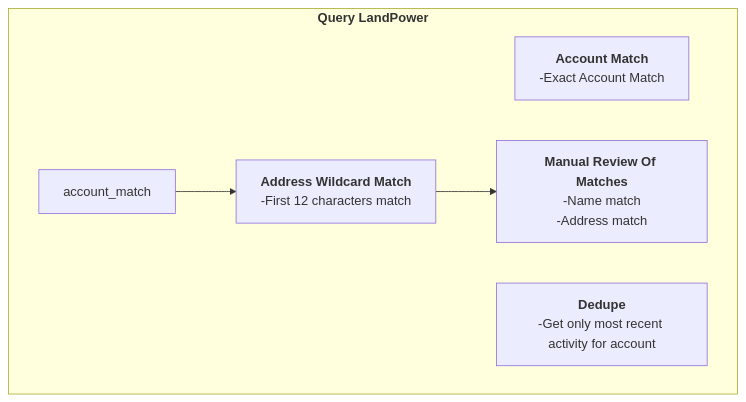
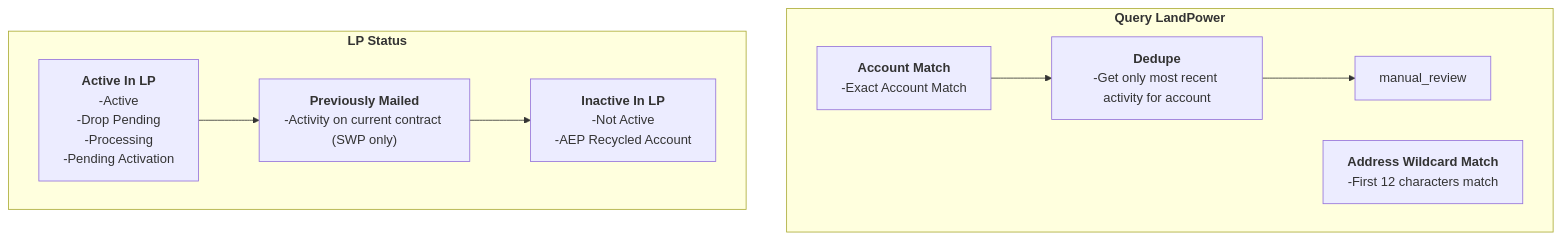
The seventh of 7 diagrams in DIAGRAMS.md (vistra-muniagg/List-Management-Tool), drawn with Mermaid before and after one commit.

Commit message:
Update diagram flow for account matching and LP status

````diff
--- a/DIAGRAMS.md
+++ b/DIAGRAMS.md
@@ -271,26 +271,33 @@
 ```mermaid
 
 %%{init: {
   "theme": "base",
   "themeVariables": {
     "fontSize": "12px",
     "fontFamily": "Segoe UI",
     "primaryColor": "#eef6ff",          %% node fill
     "primaryBorderColor": "#1e40af",    %% node border
     "primaryTextColor": "#0f172a",      %% node text
     "lineColor": "#1e40af"
   }
 }}%%
 
 graph TD
 
     subgraph contracts["<b>Query LandPower</b>"]
     direction LR
         query["<b>Account Match</b><br>-Exact Account Match"]
         dedupe["<b>Dedupe</b><br>-Get only most recent activity for account"]
         address_match["<b>Address Wildcard Match</b><br>-First 12 characters match"]
-        manual_review["<b>Manual Review Of Matches</b><br>-Name match<br>-Address match"]
-        account_match --> address_match --> manual_review
+        query --> dedupe --> manual_review
+    end
+
+    subgraph LP_status["<b>LP Status</b>"]
+    direction LR
+        active["<b>Active In LP</b><br>-Active<br>-Drop Pending<br>-Processing<br>-Pending Activation"]
+        opt_out["<b>Previously Mailed</b><br>-Activity on current contract (SWP only)"]
+        inactive["<b>Inactive In LP</b><br>-Not Active<br>-AEP Recycled Account"]
+        active --> opt_out --> inactive
     end
 
 ```
````
